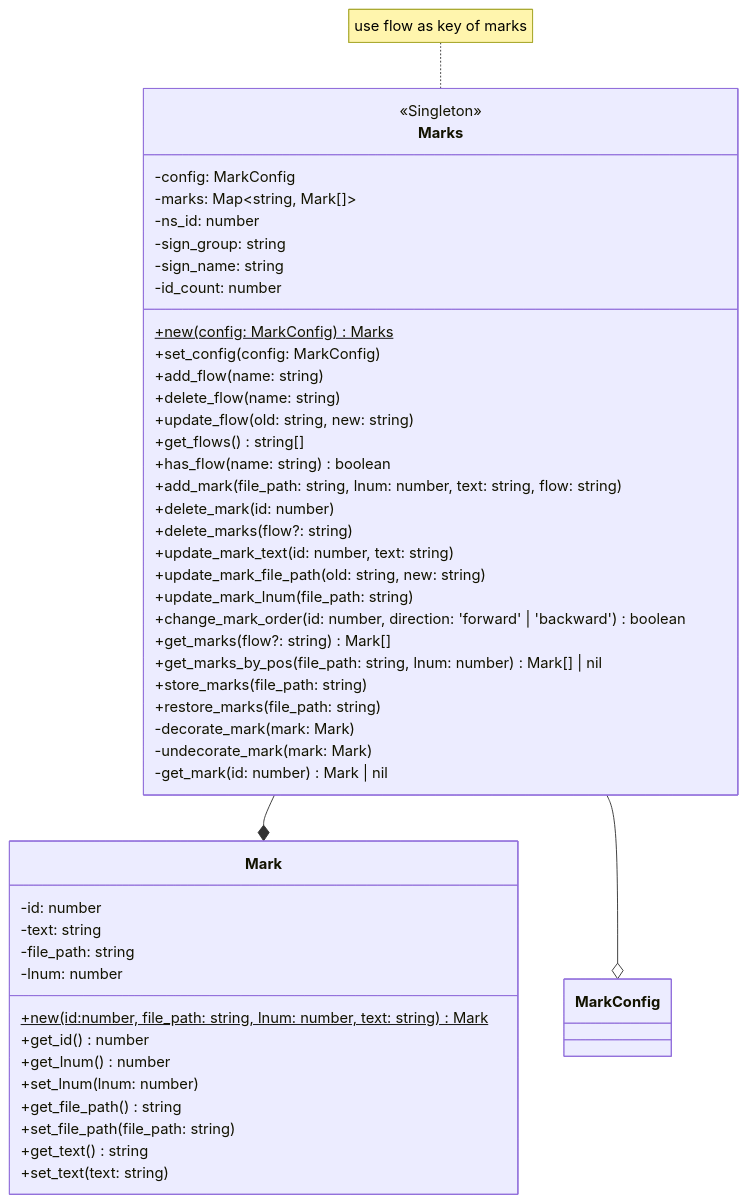
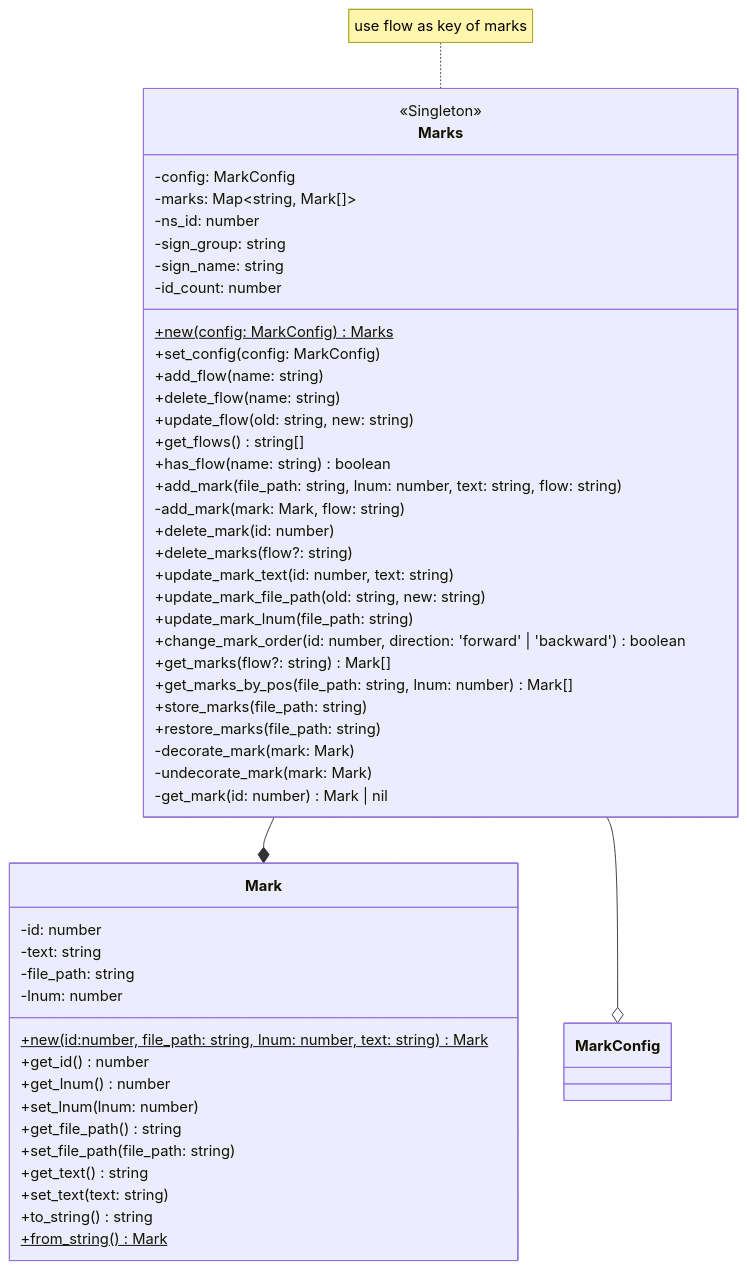
One commit to niuiic/track.nvim changed the third of 17 diagrams in DESIGN.md. Above: the diagram before and after it, drawn with Mermaid. The commit also changed other lines of this file and 4 other files, not shown here.

````diff
--- a/DESIGN.md
+++ b/DESIGN.md
@@ -94,58 +94,61 @@
 ```mermaid
 classDiagram
     note for Marks "use flow as key of marks"
     Marks --* Mark
     Marks --o MarkConfig
     class Marks {
         <<Singleton>>
 
         -config: MarkConfig
         -marks: Map~string, Mark[]~
         -ns_id: number
         -sign_group: string
         -sign_name: string
         -id_count: number
 
         %% new
         +new(config: MarkConfig)$ Marks
         %% config
         +set_config(config: MarkConfig)
         %% flow
         +add_flow(name: string)
         +delete_flow(name: string)
         +update_flow(old: string, new: string)
         +get_flows() string[]
         +has_flow(name: string) boolean
         %% mark
         +add_mark(file_path: string, lnum: number, text: string, flow: string)
+        -add_mark(mark: Mark, flow: string)
         +delete_mark(id: number)
         +delete_marks(flow?: string)
         +update_mark_text(id: number, text: string)
         +update_mark_file_path(old: string, new: string)
         +update_mark_lnum(file_path: string)
         +change_mark_order(id: number, direction: 'forward' | 'backward') boolean
         +get_marks(flow?: string) Mark[]
-        +get_marks_by_pos(file_path: string, lnum: number) Mark[] | nil
+        +get_marks_by_pos(file_path: string, lnum: number) Mark[]
         +store_marks(file_path: string)
         +restore_marks(file_path: string)
         -decorate_mark(mark: Mark)
         -undecorate_mark(mark: Mark)
         -get_mark(id: number) Mark | nil
     }
 
     class Mark {
         -id: number
         -text: string
         -file_path: string
         -lnum: number
 
         +new(id:number, file_path: string, lnum: number, text: string)$ Mark
         +get_id() number
         +get_lnum() number
         +set_lnum(lnum: number)
         +get_file_path() string
         +set_file_path(file_path: string)
         +get_text() string
         +set_text(text: string)
+        +to_string() string
+        +from_string()$ Mark
     }
 ```
````
